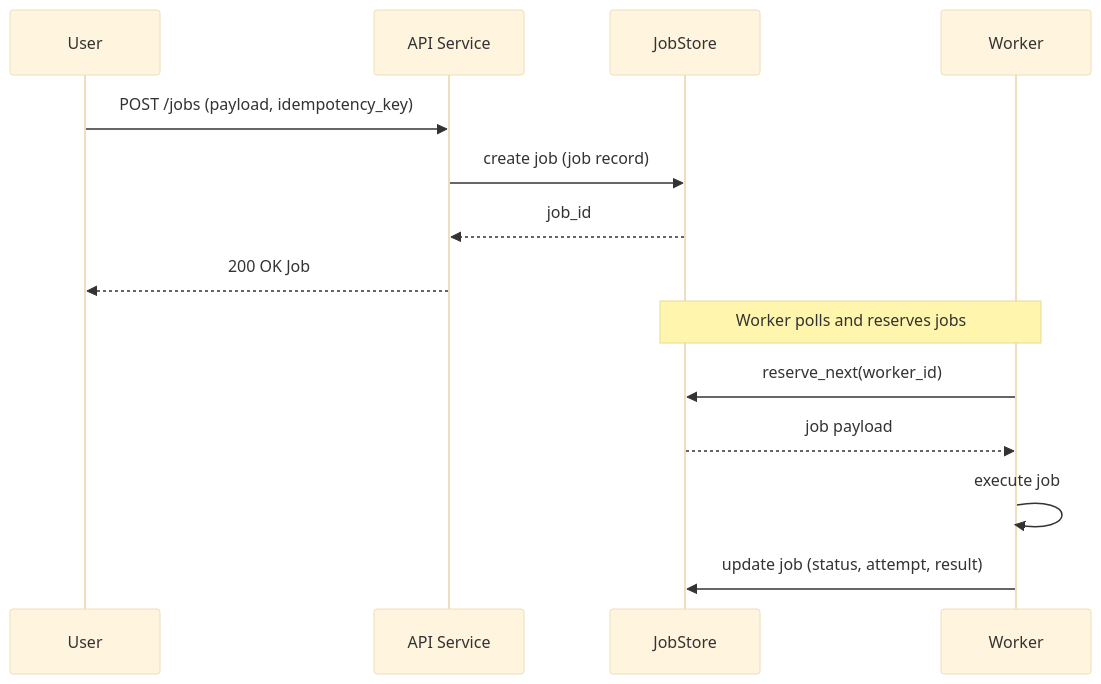
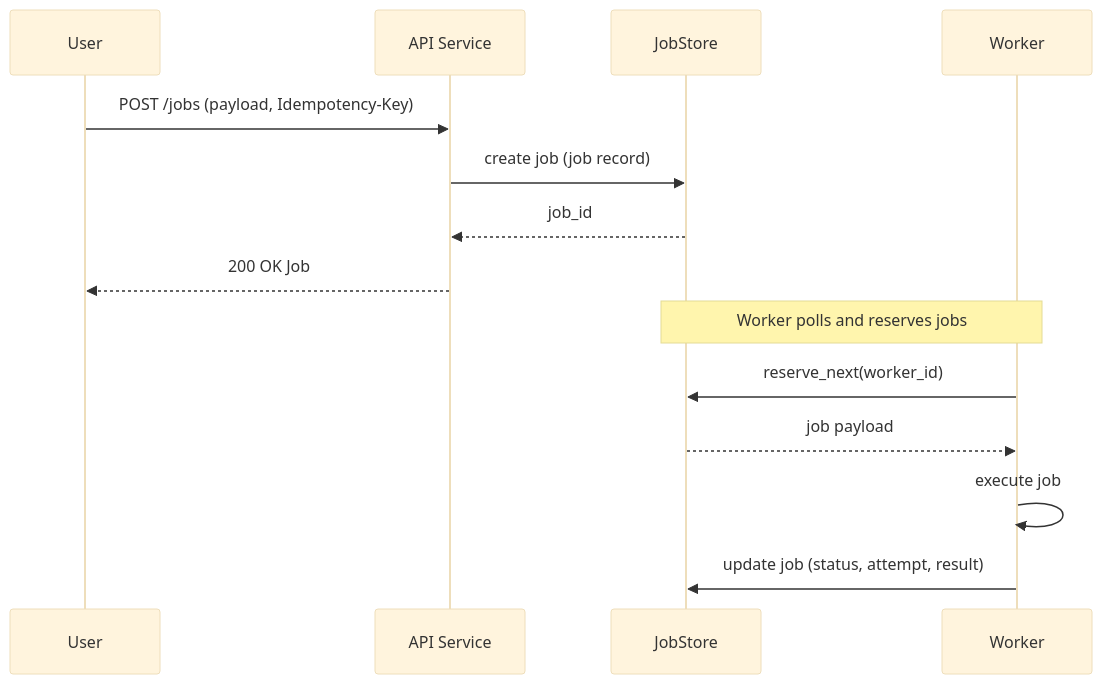
One commit to Jeferson681/JobManage changed the second of 2 diagrams in docs/diagrams/03_uml_templates.md. Above: the diagram before and after it, drawn with Mermaid (base theme). The commit also changed 14 other files, not shown here.

````diff
--- a/docs/diagrams/03_uml_templates.md
+++ b/docs/diagrams/03_uml_templates.md
@@ -33,19 +33,19 @@
 ```mermaid
 sequenceDiagram
     participant U as User
     participant API as API Service
     participant DB as JobStore
     participant W as Worker
 
-    U->>API: POST /jobs (payload, idempotency_key)
+    U->>API: POST /jobs (payload, Idempotency-Key)
     API->>DB: create job (job record)
     DB-->>API: job_id
     API-->>U: 200 OK Job
 
     Note over DB,W: Worker polls and reserves jobs
     W->>DB: reserve_next(worker_id)
     DB-->>W: job payload
     W->>W: execute job
     W->>DB: update job (status, attempt, result)
 
 ```
````
